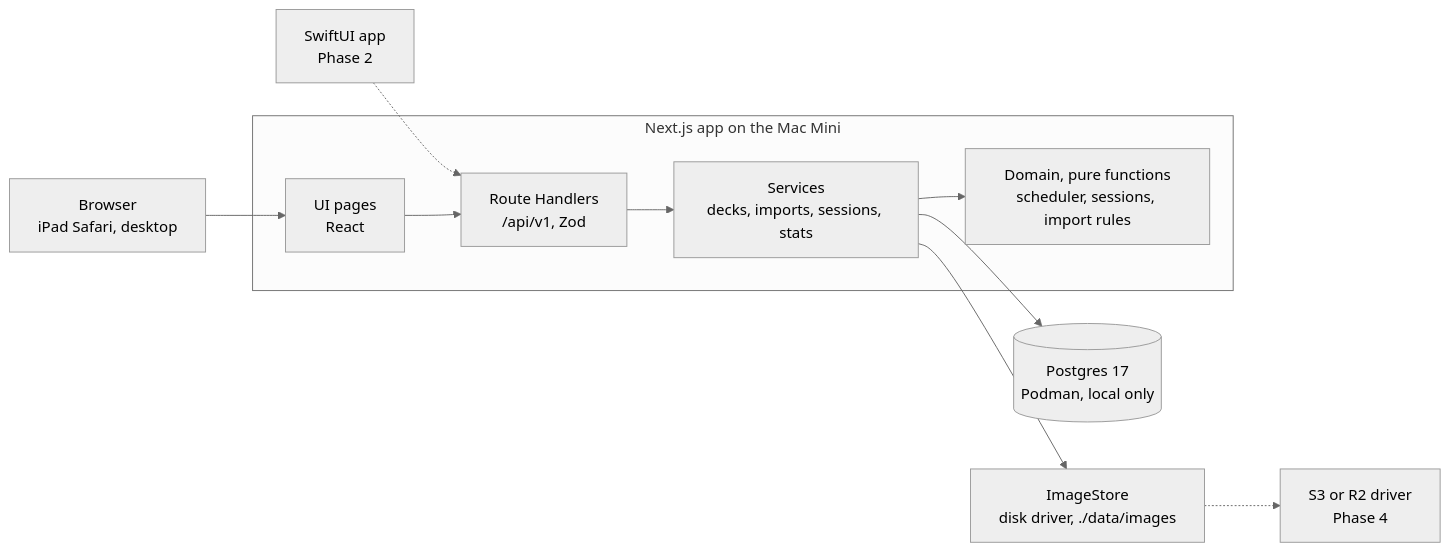
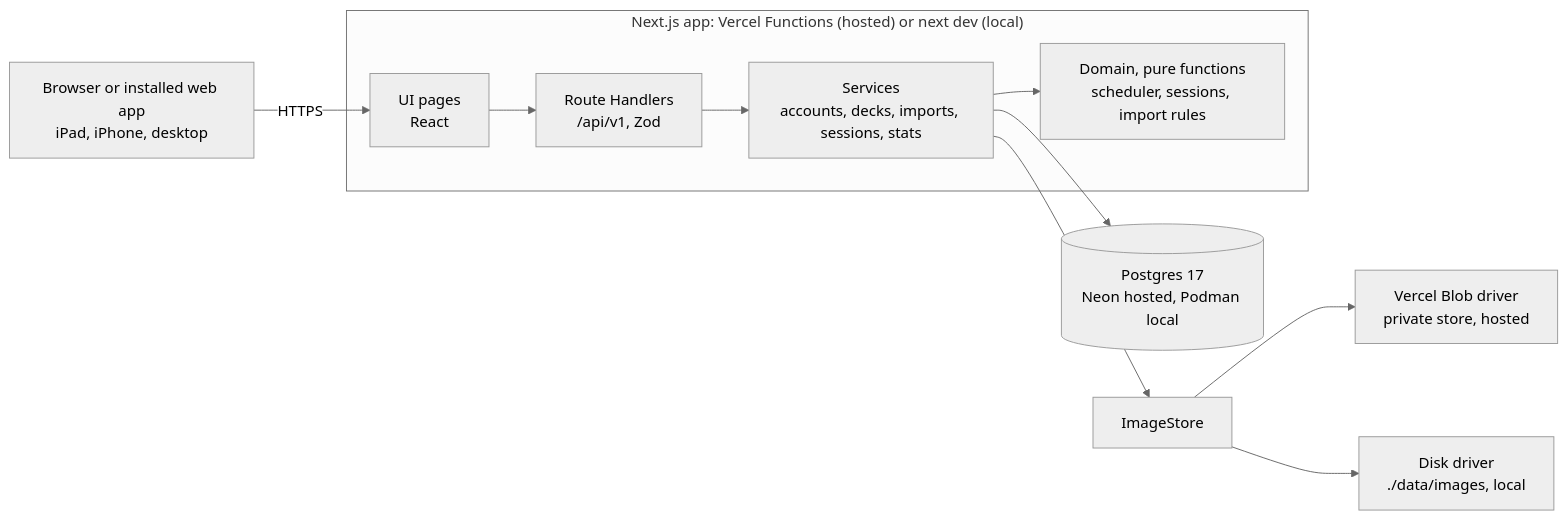
One commit to davinaizer/flipside changed the second of 3 diagrams in docs/PRD.md. Above: the diagram before and after it, drawn with Mermaid (neutral theme). The commit also changed other lines of this file and 5 other files, not shown here.

First line of the commit message:
docs(v0.6): plan hosting on Vercel with email accounts and an installable web app

````diff
--- a/docs/PRD.md
+++ b/docs/PRD.md
@@ -520,13 +584,13 @@
 ```mermaid
 flowchart LR
-  B["Browser<br/>iPad Safari, desktop"] --> UI
-  S["SwiftUI app<br/>Phase 2"] -.-> API
-  subgraph APP["Next.js app on the Mac Mini"]
+  B["Browser or installed web app<br/>iPad, iPhone, desktop"] -->|HTTPS| UI
+  subgraph APP["Next.js app: Vercel Functions (hosted) or next dev (local)"]
     UI["UI pages<br/>React"] --> API["Route Handlers<br/>/api/v1, Zod"]
-    API --> SVC["Services<br/>decks, imports, sessions, stats"]
+    API --> SVC["Services<br/>accounts, decks, imports, sessions, stats"]
     SVC --> DOM["Domain, pure functions<br/>scheduler, sessions, import rules"]
   end
-  SVC --> PG[("Postgres 17<br/>Podman, local only")]
-  SVC --> IMG["ImageStore<br/>disk driver, ./data/images"]
-  IMG -.-> S3["S3 or R2 driver<br/>Phase 4"]
+  SVC --> PG[("Postgres 17<br/>Neon hosted, Podman local")]
+  SVC --> IMG["ImageStore"]
+  IMG --> VB["Vercel Blob driver<br/>private store, hosted"]
+  IMG --> FS["Disk driver<br/>./data/images, local"]
 ```
````
